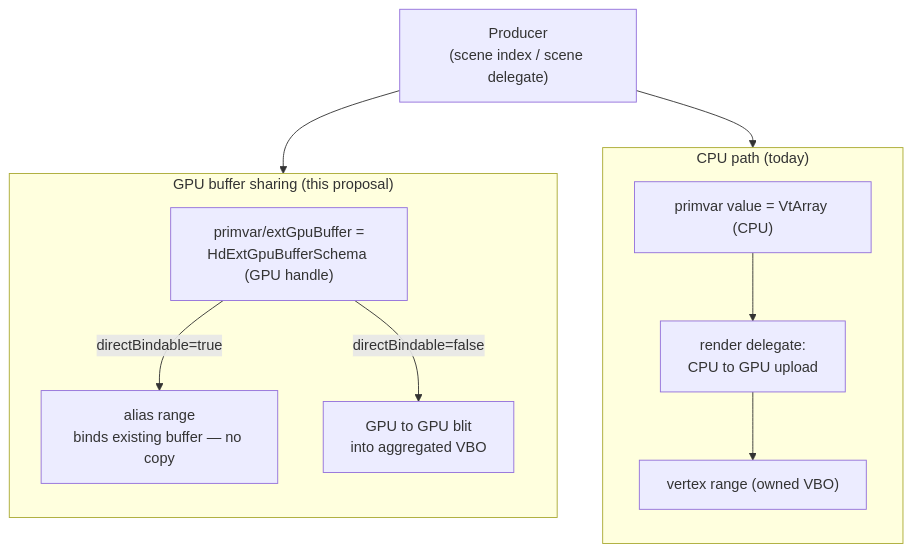
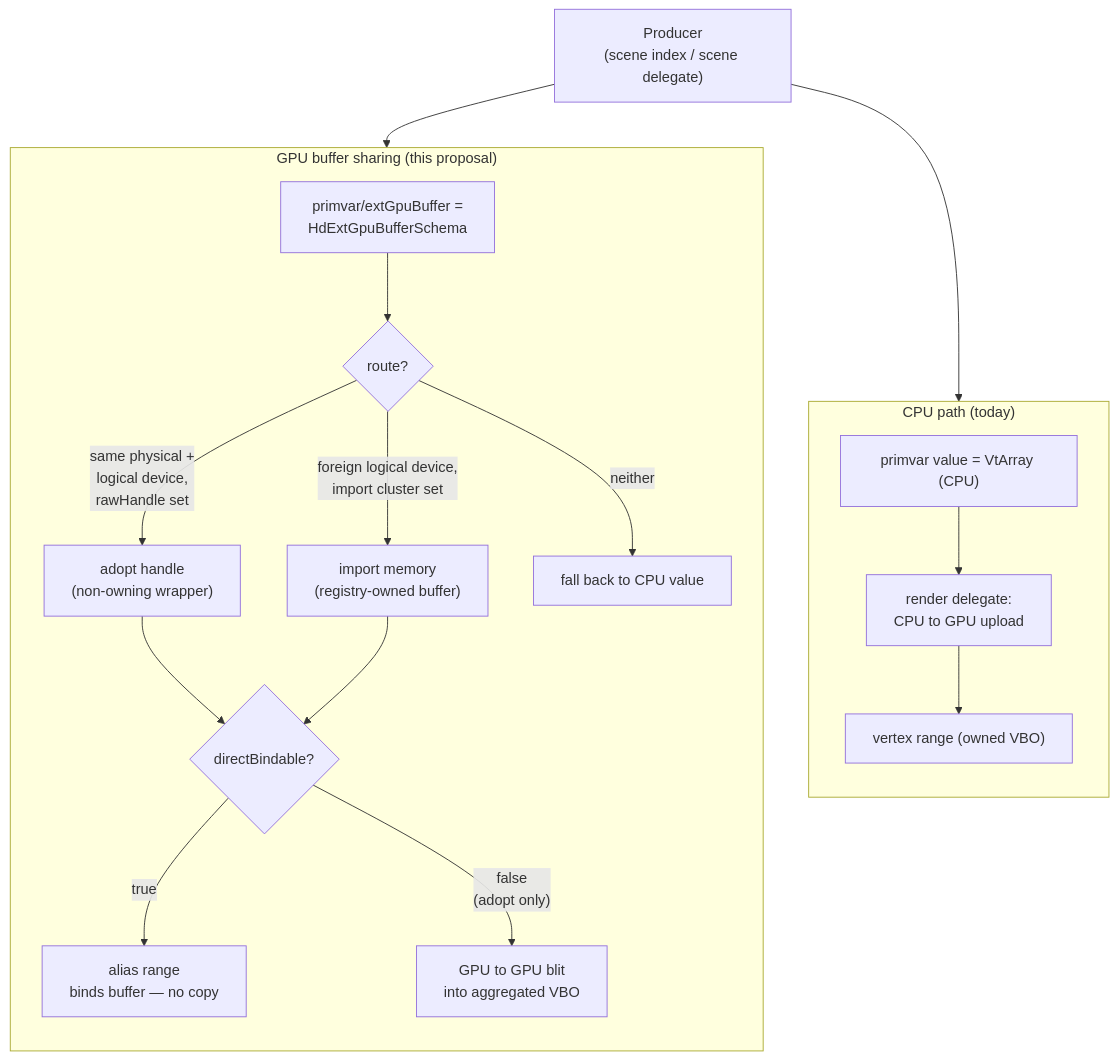
The first of 2 diagrams in docs/user_guides/schemas/extGpuBuffer/external_gpu_buffer_proposal.md (autodesk-forks/USD), drawn with Mermaid before and after one commit. The commit also changed other lines of this file, not shown here.

````diff
--- a/docs/user_guides/schemas/extGpuBuffer/external_gpu_buffer_proposal.md
+++ b/docs/user_guides/schemas/extGpuBuffer/external_gpu_buffer_proposal.md
@@ -140,19 +484,25 @@
 ```mermaid
 flowchart TD
   P["Producer<br/>(scene index / scene delegate)"]
 
   subgraph old["CPU path (today)"]
     direction TB
     P1["primvar value = VtArray (CPU)"] --> U["render delegate:<br/>CPU to GPU upload"] --> B1["vertex range (owned VBO)"]
   end
 
   subgraph new["GPU buffer sharing (this proposal)"]
     direction TB
-    S["primvar/extGpuBuffer =<br/>HdExtGpuBufferSchema (GPU handle)"]
-    S -->|directBindable=true| D["alias range<br/>binds existing buffer — no copy"]
-    S -->|directBindable=false| C["GPU to GPU blit<br/>into aggregated VBO"]
+    S["primvar/extGpuBuffer =<br/>HdExtGpuBufferSchema"]
+    S --> R{"route?"}
+    R -->|"same physical +<br/>logical device,<br/>rawHandle set"| A["adopt handle<br/>(non-owning wrapper)"]
+    R -->|"foreign logical device,<br/>import cluster set"| I["import memory<br/>(registry-owned buffer)"]
+    R -->|"neither"| F["fall back to CPU value"]
+    A --> D2{"directBindable?"}
+    I --> D2
+    D2 -->|true| D["alias range<br/>binds buffer — no copy"]
+    D2 -->|"false<br/>(adopt only)"| C["GPU to GPU blit<br/>into aggregated VBO"]
   end
 
   P --> P1
   P --> S
 ```
````
